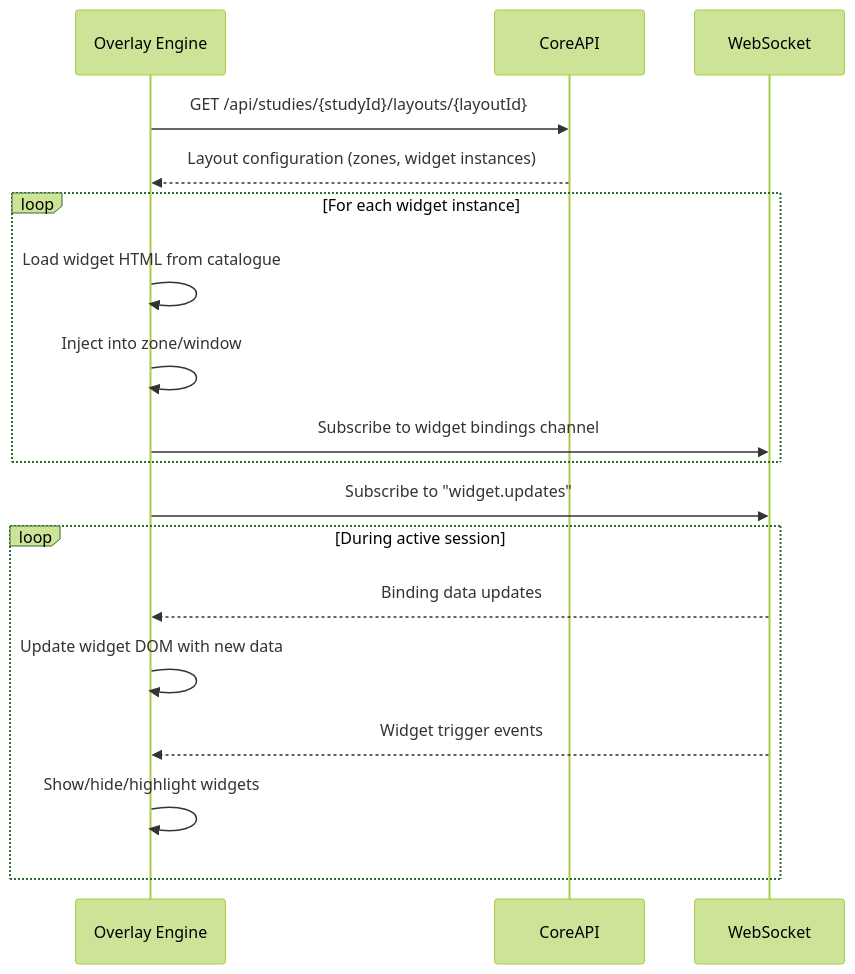
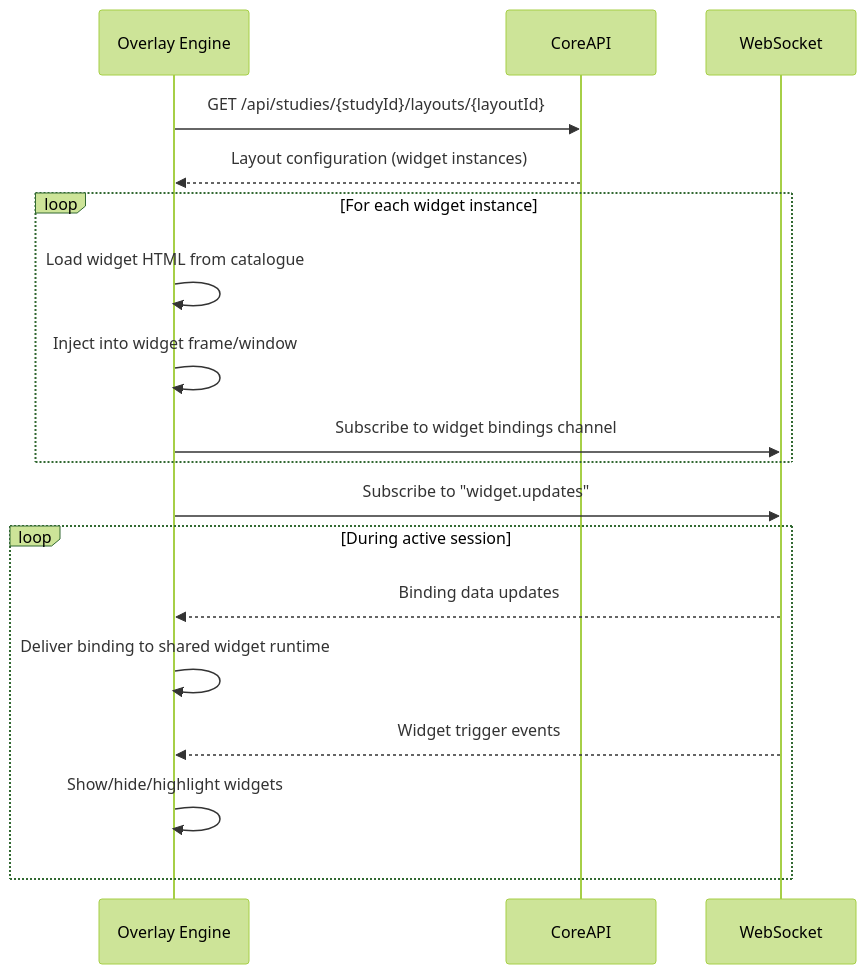
The second of 2 diagrams in product-requirements/OVERLAY_ENGINE.md (tugcanonbas/SCARline), drawn with Mermaid (forest theme) before and after one commit. The commit also changed other lines of this file and 10 other files, not shown here.

````diff
--- a/product-requirements/OVERLAY_ENGINE.md
+++ b/product-requirements/OVERLAY_ENGINE.md
@@ -131,24 +134,24 @@
 ```mermaid
 sequenceDiagram
     participant OE as Overlay Engine
     participant API as CoreAPI
     participant WS as WebSocket
 
     OE->>API: GET /api/studies/{studyId}/layouts/{layoutId}
-    API-->>OE: Layout configuration (zones, widget instances)
+    API-->>OE: Layout configuration (widget instances)
     
     loop For each widget instance
         OE->>OE: Load widget HTML from catalogue
-        OE->>OE: Inject into zone/window
+        OE->>OE: Inject into widget frame/window
         OE->>WS: Subscribe to widget bindings channel
     end
     
     OE->>WS: Subscribe to "widget.updates"
     
     loop During active session
         WS-->>OE: Binding data updates
-        OE->>OE: Update widget DOM with new data
+        OE->>OE: Deliver binding to shared widget runtime
         WS-->>OE: Widget trigger events
         OE->>OE: Show/hide/highlight widgets
     end
 ```
````
